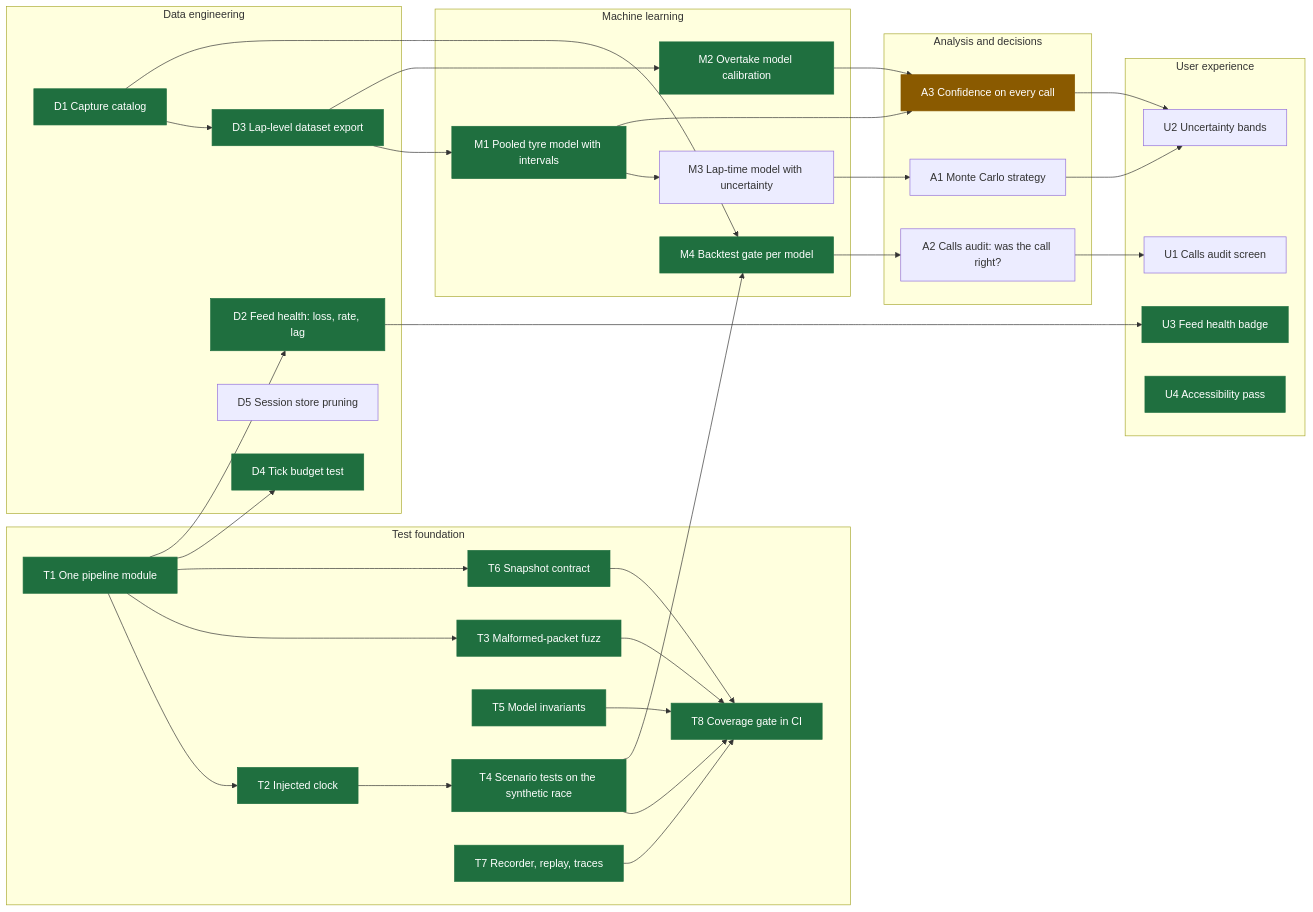
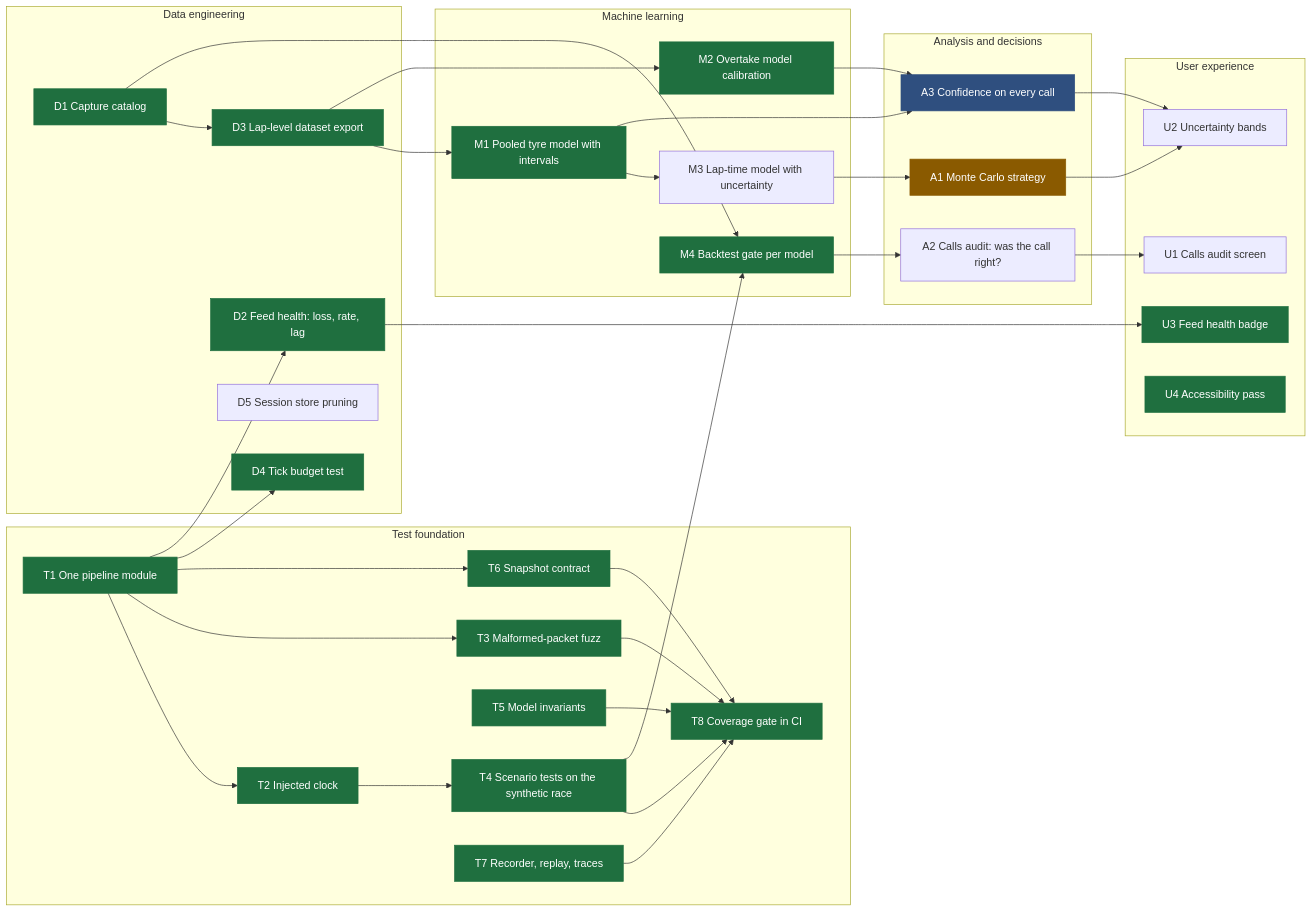
Before and after one commit to srikarnadella/f1-race-engineer: the diagram in docs/roadmap.md, drawn with Mermaid. The commit also changed other lines of this file and 6 other files, not shown here.

First line of the commit message:
Pit call confidence (roadmap A3, part): the stop-lap pick re-run at both ends of the tyre wear range; the card says "Lap 14-22, depending on tyre wear" when it moves, nothing when it holds

````diff
--- a/docs/roadmap.md
+++ b/docs/roadmap.md
@@ -8,54 +8,54 @@
 ```mermaid
 flowchart LR
   classDef done fill:#1f6f3f,color:#fff,stroke:#1f6f3f
   classDef next fill:#8a5a00,color:#fff,stroke:#8a5a00
   classDef part fill:#2f4f7f,color:#fff,stroke:#2f4f7f
 
   subgraph T[Test foundation]
     T1[T1 One pipeline module]:::done
     T2[T2 Injected clock]:::done
     T3[T3 Malformed-packet fuzz]:::done
     T4[T4 Scenario tests on the synthetic race]:::done
     T5[T5 Model invariants]:::done
     T6[T6 Snapshot contract]:::done
     T7[T7 Recorder, replay, traces]:::done
     T8[T8 Coverage gate in CI]:::done
   end
   subgraph D[Data engineering]
     D1[D1 Capture catalog]:::done
     D2[D2 Feed health: loss, rate, lag]:::done
     D3[D3 Lap-level dataset export]:::done
     D4[D4 Tick budget test]:::done
     D5[D5 Session store pruning]
   end
   subgraph M[Machine learning]
     M1[M1 Pooled tyre model with intervals]:::done
     M2[M2 Overtake model calibration]:::done
     M3[M3 Lap-time model with uncertainty]
     M4[M4 Backtest gate per model]:::done
   end
   subgraph A[Analysis and decisions]
-    A1[A1 Monte Carlo strategy]
+    A1[A1 Monte Carlo strategy]:::next
     A2[A2 Calls audit: was the call right?]
-    A3[A3 Confidence on every call]:::next
+    A3[A3 Confidence on every call]:::part
   end
   subgraph U[User experience]
     U1[U1 Calls audit screen]
     U2[U2 Uncertainty bands]
     U3[U3 Feed health badge]:::done
     U4[U4 Accessibility pass]:::done
   end
 
   T1 --> T2 --> T4
   T1 --> T3
   T1 --> T6
   T1 --> D4
   T3 & T4 & T5 & T6 & T7 --> T8
   T1 --> D2 --> U3
   D1 --> D3
   D3 --> M1 & M2
   M1 --> M3 --> A1
   D1 & T4 --> M4 --> A2 --> U1
   M1 & M2 --> A3 --> U2
   A1 --> U2
 ```
````
